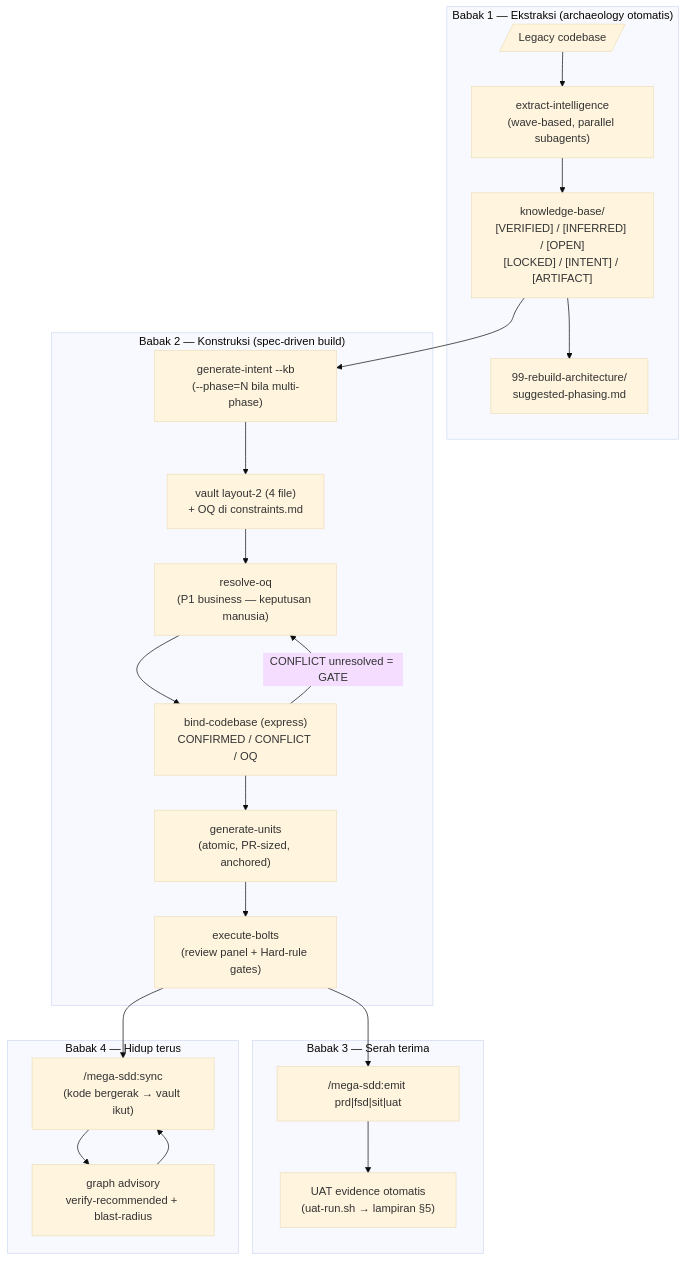
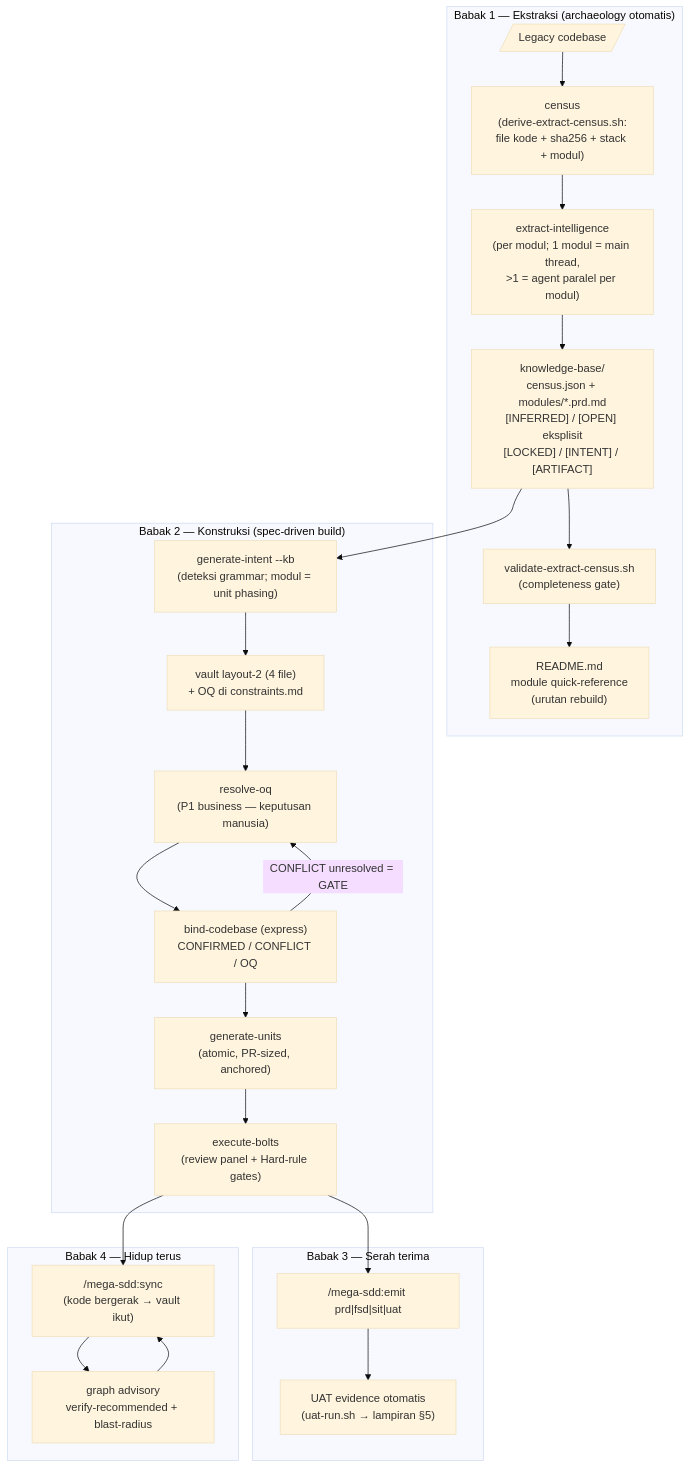
The first of 2 diagrams in docs/mega-sdd/revamp-journey.md (FarhanRiuzaki/Mega-SDD), drawn with Mermaid (base theme) before and after one commit. The commit also changed other lines of this file and 15 other files, not shown here.

First line of the commit message:
release(7.6.0): docs sweep to PRD-kontrak grammar + revamp trigger + version bump (spec step 5)

````diff
--- a/docs/mega-sdd/revamp-journey.md
+++ b/docs/mega-sdd/revamp-journey.md
@@ -11,26 +11,28 @@
 ```mermaid
 flowchart TD
     subgraph B1["Babak 1 — Ekstraksi (archaeology otomatis)"]
-        L[/"Legacy codebase"/] --> EI["extract-intelligence<br/>(wave-based, parallel subagents)"]
-        EI --> KB["knowledge-base/<br/>[VERIFIED] / [INFERRED] / [OPEN]<br/>[LOCKED] / [INTENT] / [ARTIFACT]"]
-        KB --> PH["99-rebuild-architecture/<br/>suggested-phasing.md"]
+        L[/"Legacy codebase"/] --> CEN["census<br/>(derive-extract-census.sh:<br/>file kode + sha256 + stack + modul)"]
+        CEN --> EI["extract-intelligence<br/>(per modul; 1 modul = main thread,<br/>>1 = agent paralel per modul)"]
+        EI --> KB["knowledge-base/<br/>census.json + modules/*.prd.md<br/>[INFERRED] / [OPEN] eksplisit<br/>[LOCKED] / [INTENT] / [ARTIFACT]"]
+        KB --> GATE["validate-extract-census.sh<br/>(completeness gate)"]
+        GATE --> PH["README.md<br/>module quick-reference<br/>(urutan rebuild)"]
     end
     subgraph B2["Babak 2 — Konstruksi (spec-driven build)"]
-        KB --> GI["generate-intent --kb<br/>(--phase=N bila multi-phase)"]
+        KB --> GI["generate-intent --kb<br/>(deteksi grammar; modul = unit phasing)"]
         GI --> VAULT["vault layout-2 (4 file)<br/>+ OQ di constraints.md"]
         VAULT --> ROQ["resolve-oq<br/>(P1 business — keputusan manusia)"]
         ROQ --> BIND["bind-codebase (express)<br/>CONFIRMED / CONFLICT / OQ"]
         BIND -- "CONFLICT unresolved = GATE" --> ROQ
         BIND --> GU["generate-units<br/>(atomic, PR-sized, anchored)"]
         GU --> EB["execute-bolts<br/>(review panel + Hard-rule gates)"]
     end
     subgraph B3["Babak 3 — Serah terima"]
         EB --> EMIT["/mega-sdd:emit prd|fsd|sit|uat"]
         EMIT --> EVID["UAT evidence otomatis<br/>(uat-run.sh → lampiran §5)"]
     end
     subgraph B4["Babak 4 — Hidup terus"]
         EB --> SYNC["/mega-sdd:sync<br/>(kode bergerak → vault ikut)"]
         SYNC --> GRAPH["graph advisory<br/>verify-recommended + blast-radius"]
         GRAPH --> SYNC
     end
 ```
````
